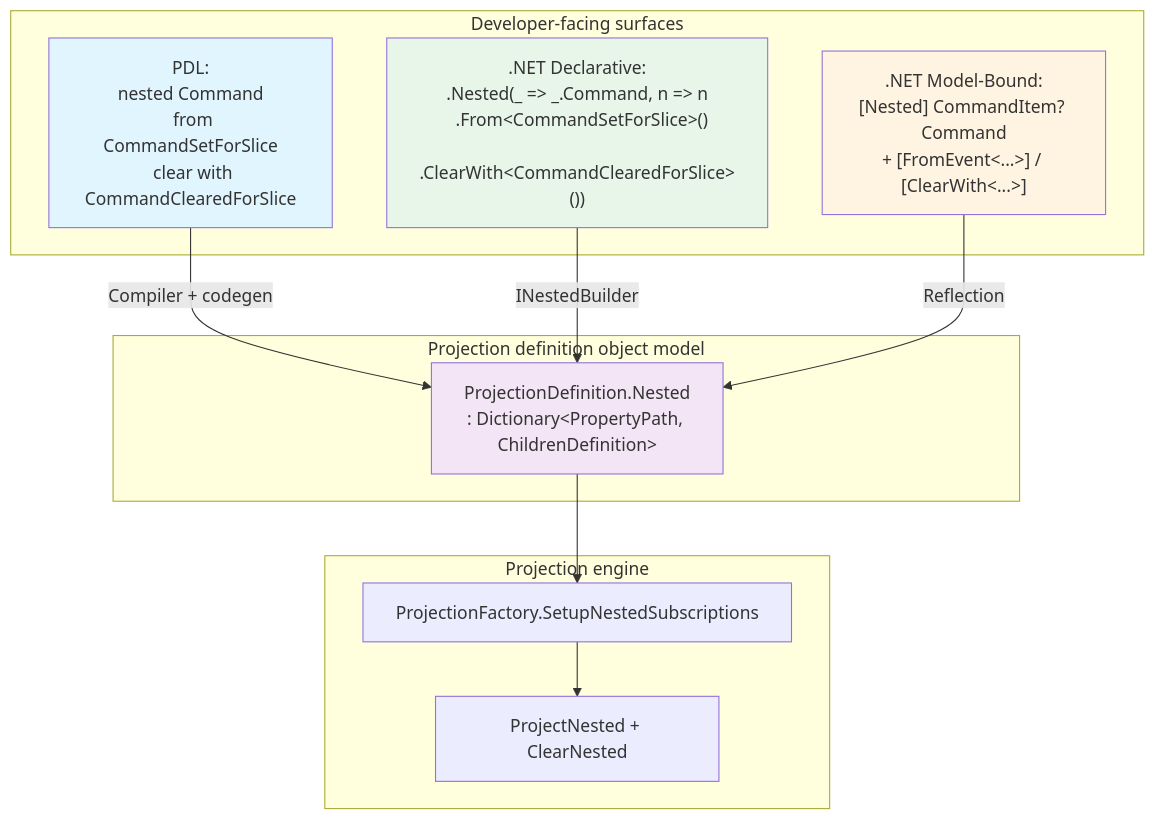
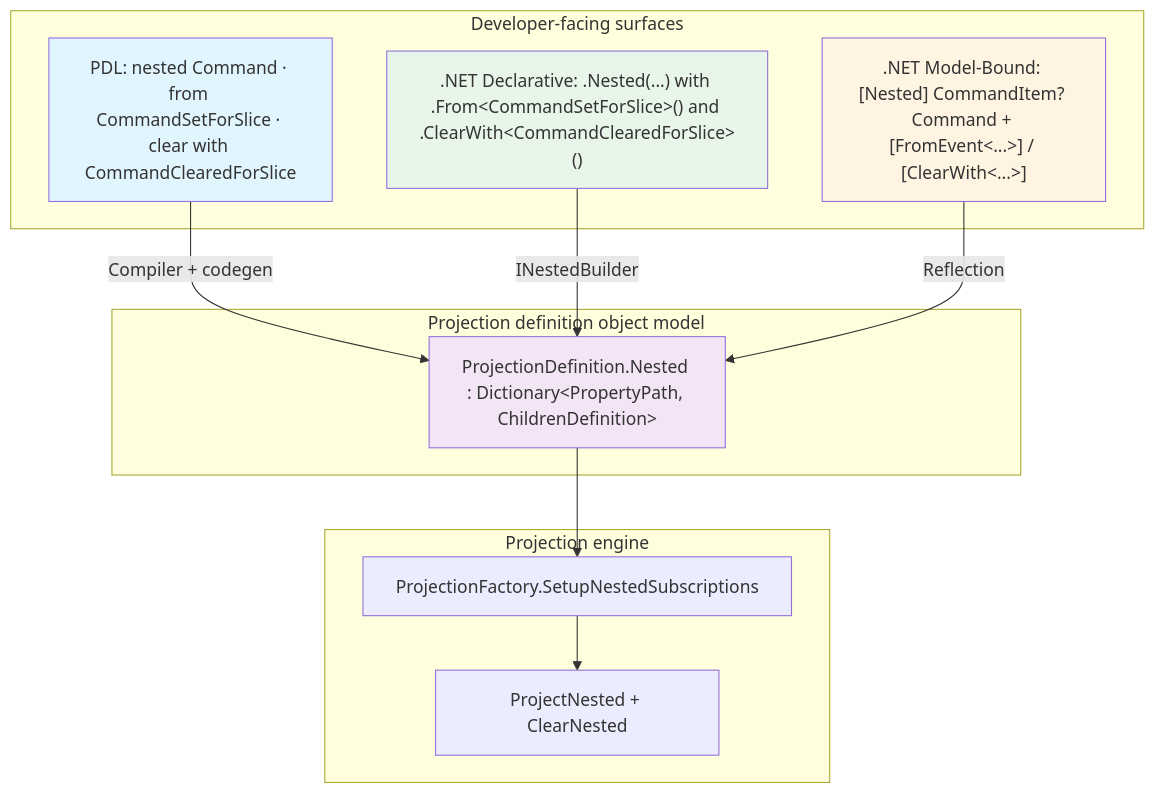
Before and after one commit to Cratis/Chronicle: the second of 2 diagrams in Documentation/projections/nested-objects-design.md, drawn with Mermaid. The commit also changed 43 other files, not shown here.

````diff
--- a/Documentation/projections/nested-objects-design.md
+++ b/Documentation/projections/nested-objects-design.md
@@ -49,28 +49,28 @@
 ```mermaid
 graph TB
     subgraph Surfaces["Developer-facing surfaces"]
-        PDL["PDL:<br/>nested Command<br/>  from CommandSetForSlice<br/>  clear with CommandClearedForSlice"]
-        Declarative[".NET Declarative:<br/>.Nested(_ => _.Command, n =&gt; n<br/>  .From&lt;CommandSetForSlice&gt;()<br/>  .ClearWith&lt;CommandClearedForSlice&gt;())"]
-        ModelBound[".NET Model-Bound:<br/>[Nested] CommandItem? Command<br/>+ [FromEvent&lt;...&gt;] / [ClearWith&lt;...&gt;]"]
+        PDL["PDL: nested Command · from CommandSetForSlice · clear with CommandClearedForSlice"]
+        Declarative[".NET Declarative: .Nested(...) with .From&lt;CommandSetForSlice&gt;() and .ClearWith&lt;CommandClearedForSlice&gt;()"]
+        ModelBound[".NET Model-Bound: [Nested] CommandItem? Command + [FromEvent&lt;...&gt;] / [ClearWith&lt;...&gt;]"]
     end
 
     subgraph Core["Projection definition object model"]
-        ProjectionDefinition["ProjectionDefinition.Nested<br/>: Dictionary&lt;PropertyPath, ChildrenDefinition&gt;"]
+        ProjectionDefinition["ProjectionDefinition.Nested : Dictionary&lt;PropertyPath, ChildrenDefinition&gt;"]
     end
 
     subgraph Engine["Projection engine"]
         Factory["ProjectionFactory.SetupNestedSubscriptions"]
         Project["ProjectNested + ClearNested"]
     end
 
     PDL -->|Compiler + codegen| ProjectionDefinition
     Declarative -->|INestedBuilder| ProjectionDefinition
     ModelBound -->|Reflection| ProjectionDefinition
     ProjectionDefinition --> Factory
     Factory --> Project
 
     style PDL fill:#e1f5ff
     style Declarative fill:#e8f5e9
     style ModelBound fill:#fff4e1
     style ProjectionDefinition fill:#f3e5f5
 ```
````
